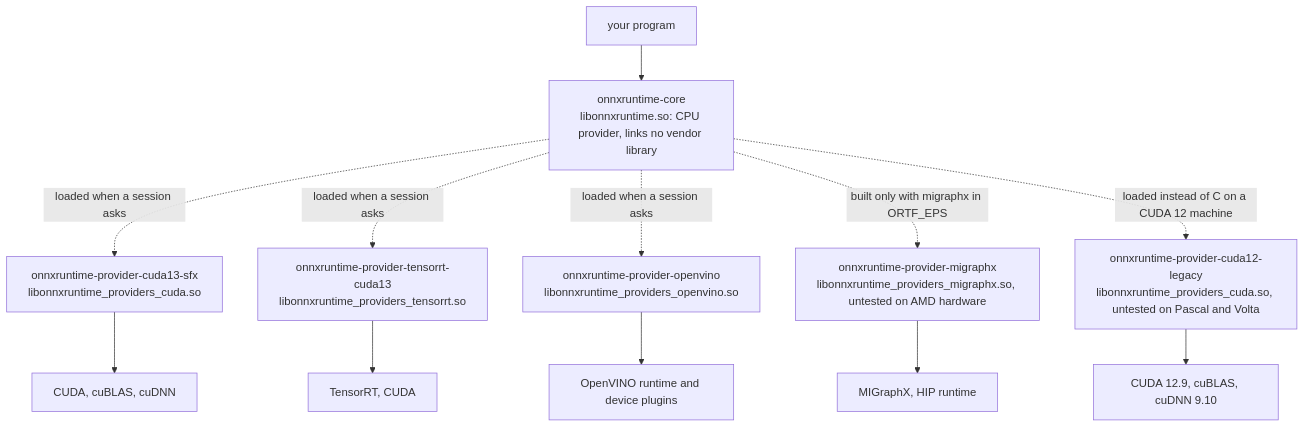
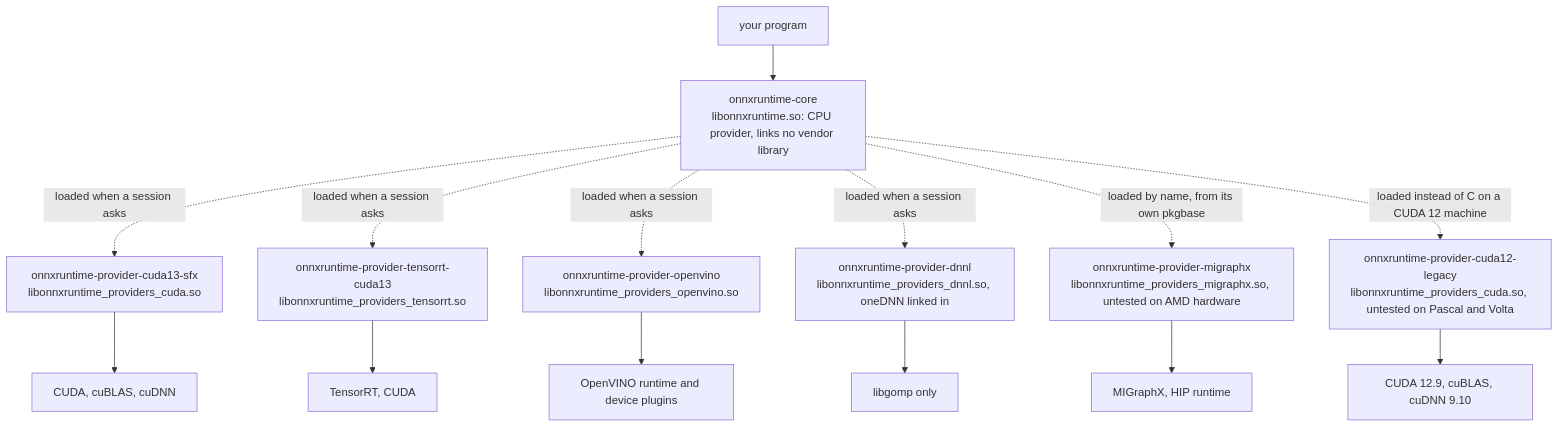
One commit to rsd/omarchy-onnxruntime changed the diagram in docs/engines.md. Above: the diagram before and after it, drawn with Mermaid. The commit also changed other lines of this file and 45 other files, not shown here.

First line of the commit message:
R2: training on, NCCL, oneDNN provider, MIGraphX line, cuDNN link fix

````diff
--- a/docs/engines.md
+++ b/docs/engines.md
@@ -5,14 +5,16 @@
 ```mermaid
 flowchart TD
     A[your program] --> B[onnxruntime-core<br/>libonnxruntime.so: CPU provider, links no vendor library]
     B -. loaded when a session asks .-> C[onnxruntime-provider-cuda13-sfx<br/>libonnxruntime_providers_cuda.so]
     B -. loaded when a session asks .-> D[onnxruntime-provider-tensorrt-cuda13<br/>libonnxruntime_providers_tensorrt.so]
     B -. loaded when a session asks .-> E[onnxruntime-provider-openvino<br/>libonnxruntime_providers_openvino.so]
-    B -. built only with migraphx in ORTF_EPS .-> I[onnxruntime-provider-migraphx<br/>libonnxruntime_providers_migraphx.so, untested on AMD hardware]
+    B -. loaded when a session asks .-> M[onnxruntime-provider-dnnl<br/>libonnxruntime_providers_dnnl.so, oneDNN linked in]
+    B -. loaded by name, from its own pkgbase .-> I[onnxruntime-provider-migraphx<br/>libonnxruntime_providers_migraphx.so, untested on AMD hardware]
     B -. loaded instead of C on a CUDA 12 machine .-> K[onnxruntime-provider-cuda12-legacy<br/>libonnxruntime_providers_cuda.so, untested on Pascal and Volta]
     C --> F[CUDA, cuBLAS, cuDNN]
     D --> G[TensorRT, CUDA]
     E --> H[OpenVINO runtime and device plugins]
+    M --> N[libgomp only]
     I --> J[MIGraphX, HIP runtime]
     K --> L[CUDA 12.9, cuBLAS, cuDNN 9.10]
 ```
````
